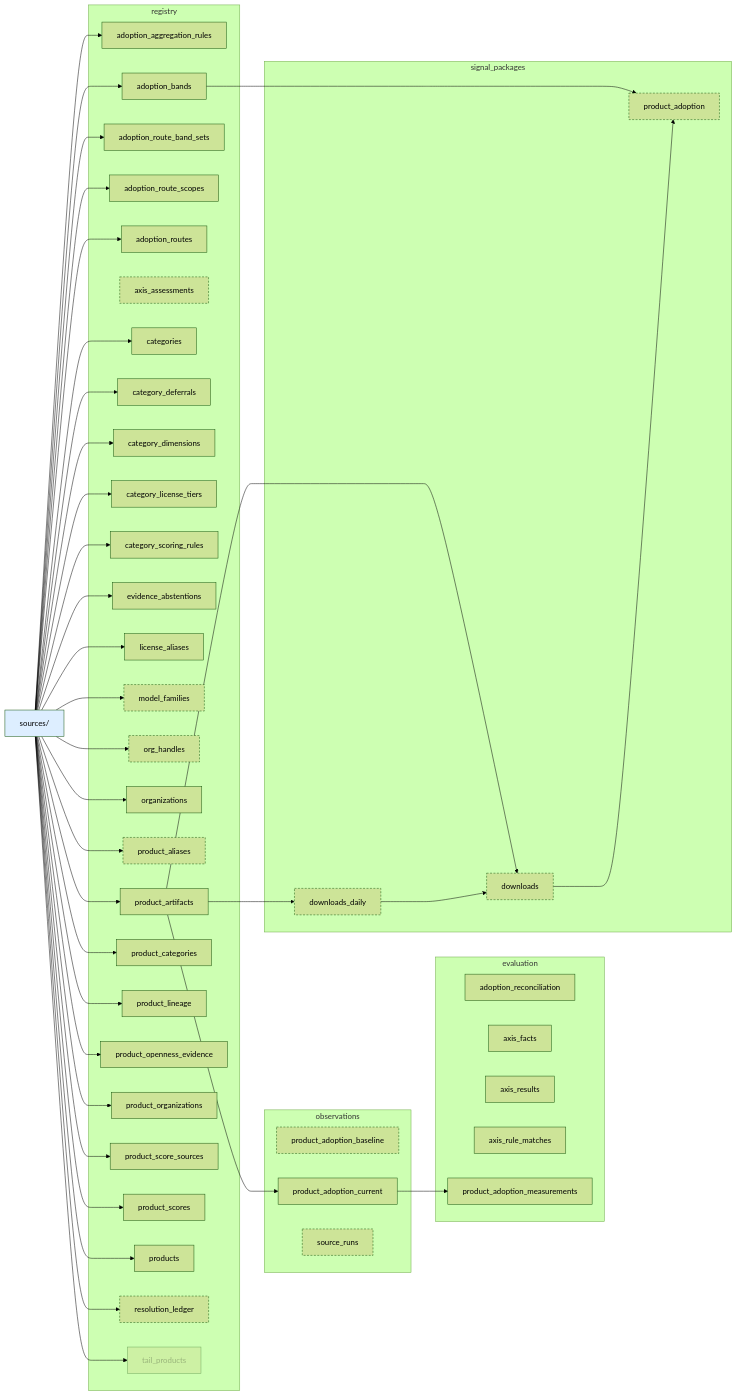
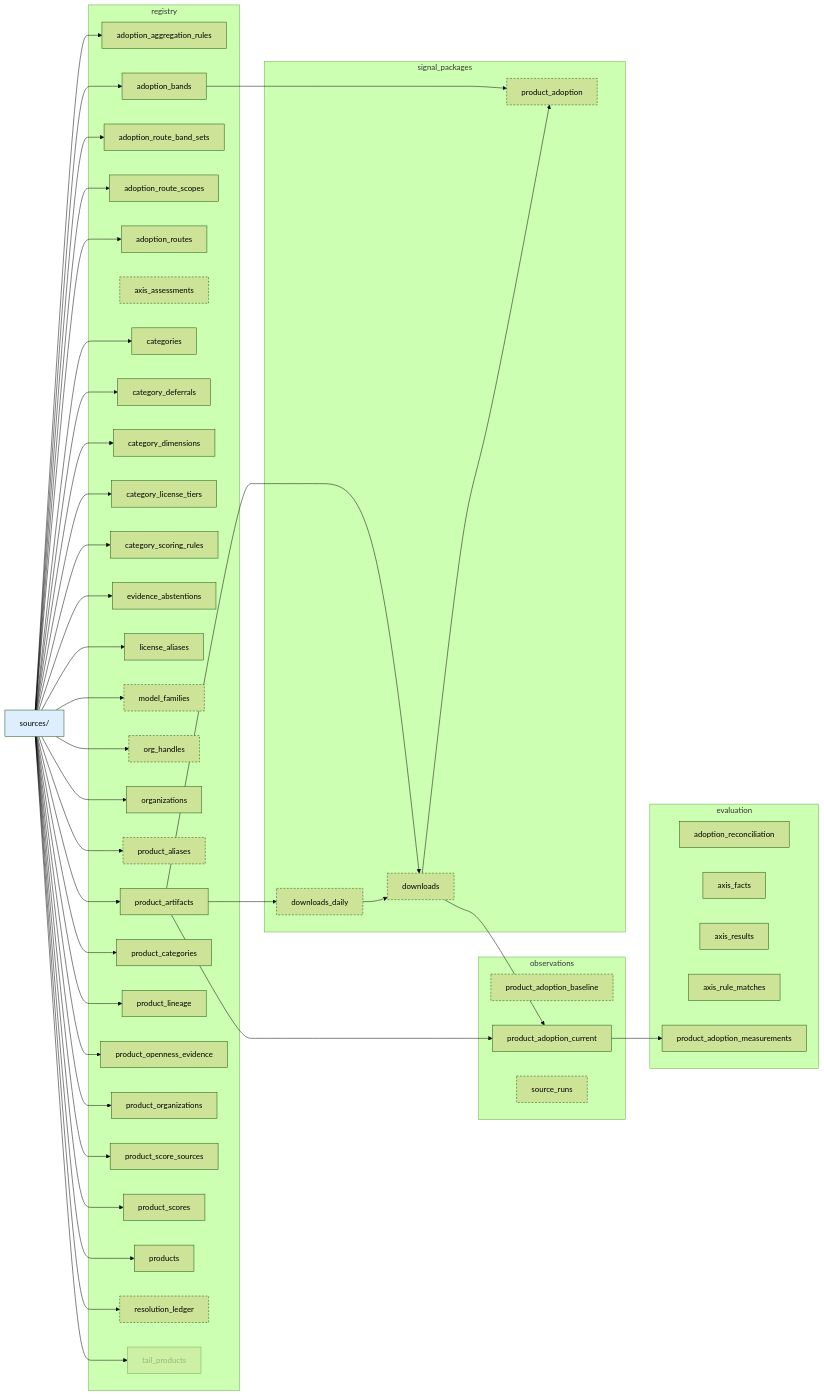
One commit to currentai-org/os-ai-map changed the first of 3 diagrams in docs/architecture/current-state-dag.md. Above: the diagram before and after it, drawn with Mermaid (forest theme). The commit also changed other lines of this file and 4 other files, not shown here.

```diff
--- a/docs/architecture/current-state-dag.md
+++ b/docs/architecture/current-state-dag.md
@@ -109,6 +109,7 @@
   registry__product_artifacts --> observations__product_adoption_current
   registry__product_artifacts --> signal_packages__downloads
   registry__product_artifacts --> signal_packages__downloads_daily
+  signal_packages__downloads --> observations__product_adoption_current
   signal_packages__downloads --> signal_packages__product_adoption
   signal_packages__downloads_daily --> signal_packages__downloads
   class observations__product_adoption_baseline staged;
```
